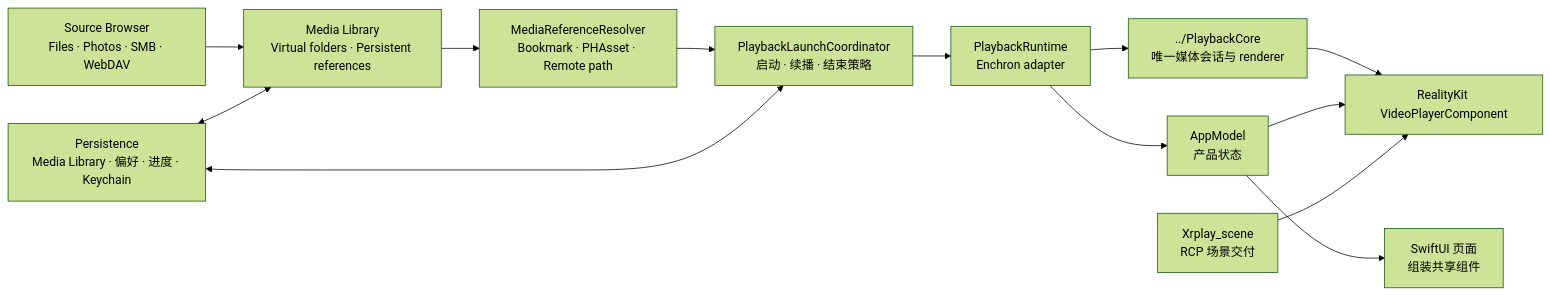
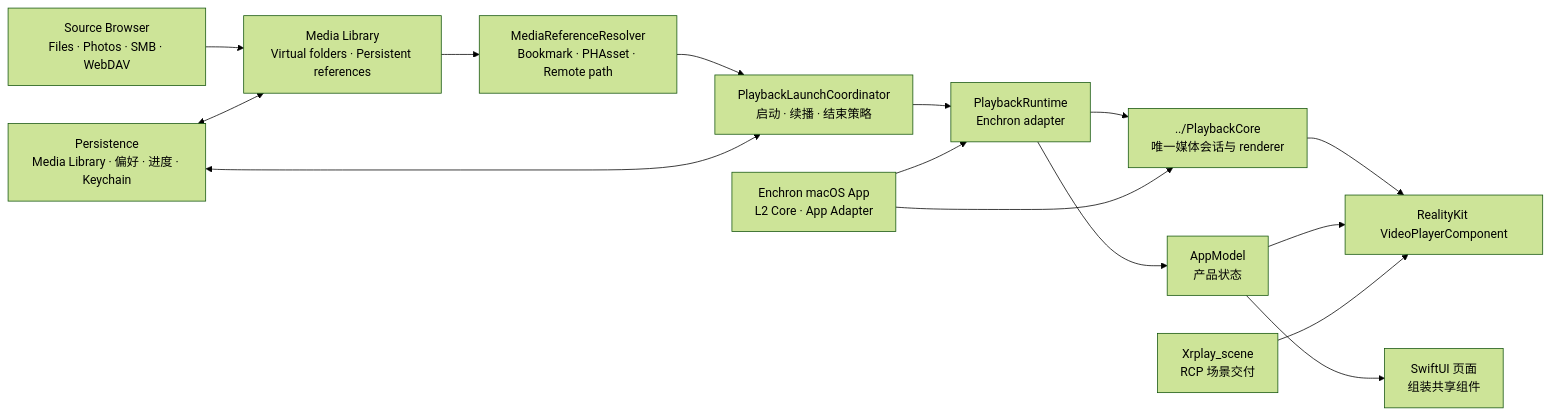
The diagram in ARCHITECTURE.md (1873663116/Enchron), drawn with Mermaid (forest theme) before and after one commit. The commit also changed other lines of this file and 21 other files, not shown here.

````diff
--- a/ARCHITECTURE.md
+++ b/ARCHITECTURE.md
@@ -5,15 +7,17 @@
 ```mermaid
 flowchart LR
     Sources["Source Browser\nFiles · Photos · SMB · WebDAV"] --> Library["Media Library\nVirtual folders · Persistent references"]
     Library --> Resolve["MediaReferenceResolver\nBookmark · PHAsset · Remote path"]
     Resolve --> Launch["PlaybackLaunchCoordinator\n启动 · 续播 · 结束策略"]
     Launch --> Adapter["PlaybackRuntime\nEnchron adapter"]
     Adapter --> Core["../PlaybackCore\n唯一媒体会话与 renderer"]
+    Mac["Enchron macOS App\nL2 Core · App Adapter"] --> Adapter
+    Mac --> Core
     Adapter --> State["AppModel\n产品状态"]
     State --> UI["SwiftUI 页面\n组装共享组件"]
     Core --> Surface["RealityKit VideoPlayerComponent"]
     State --> Surface
     Scene["Xrplay_scene\nRCP 场景交付"] --> Surface
     Store["Persistence\nMedia Library · 偏好 · 进度 · Keychain"] <--> Library
     Store <--> Launch
 ```
````
